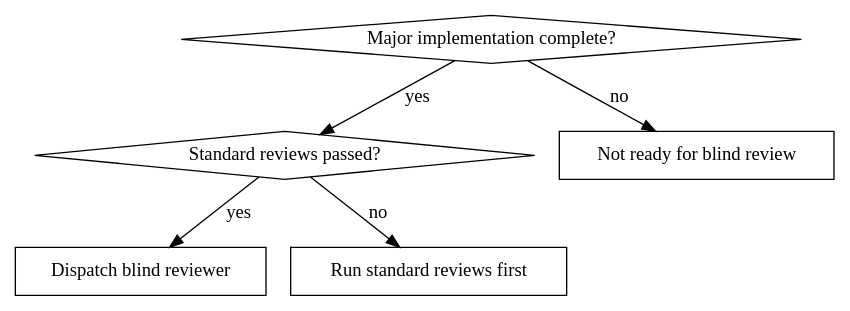
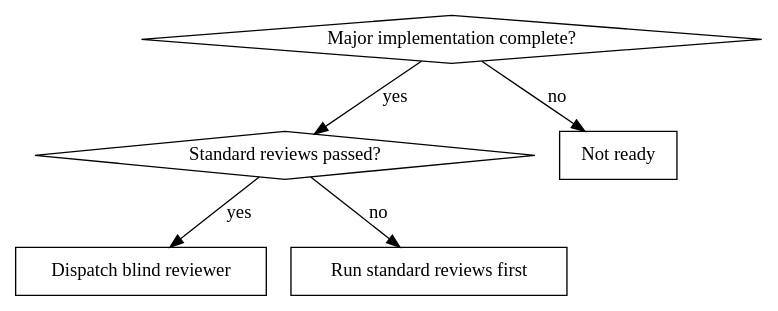
One commit to obra/superpowers changed the diagram in skills/blind-review/SKILL.md. Above: the diagram before and after it, drawn with Graphviz. The commit also changed other lines of this file, not shown here.

````diff
--- a/skills/blind-review/SKILL.md
+++ b/skills/blind-review/SKILL.md
@@ -18,14 +18,14 @@
 ```dot
 digraph when_to_use {
     "Major implementation complete?" [shape=diamond];
     "Standard reviews passed?" [shape=diamond];
     "Dispatch blind reviewer" [shape=box];
     "Run standard reviews first" [shape=box];
-    "Not ready for blind review" [shape=box];
+    "Not ready" [shape=box];
 
     "Major implementation complete?" -> "Standard reviews passed?" [label="yes"];
-    "Major implementation complete?" -> "Not ready for blind review" [label="no"];
+    "Major implementation complete?" -> "Not ready" [label="no"];
     "Standard reviews passed?" -> "Dispatch blind reviewer" [label="yes"];
     "Standard reviews passed?" -> "Run standard reviews first" [label="no"];
 }
 ```
````
